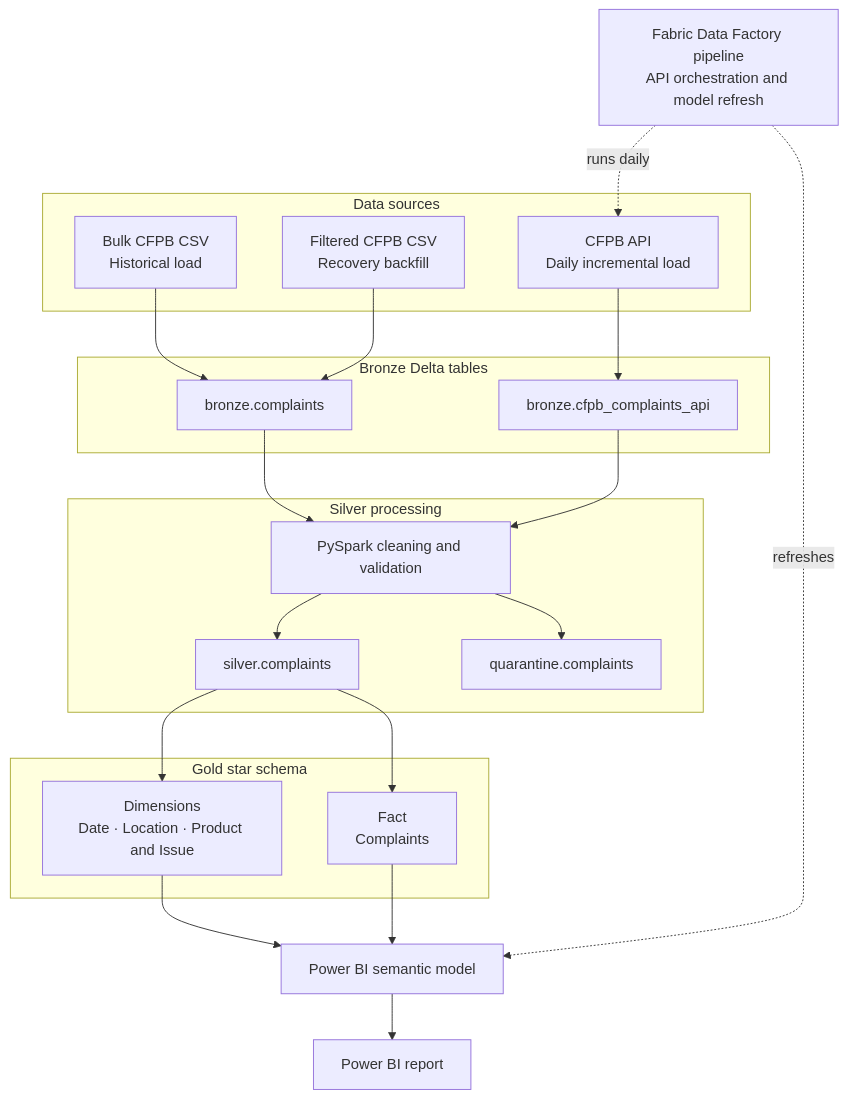
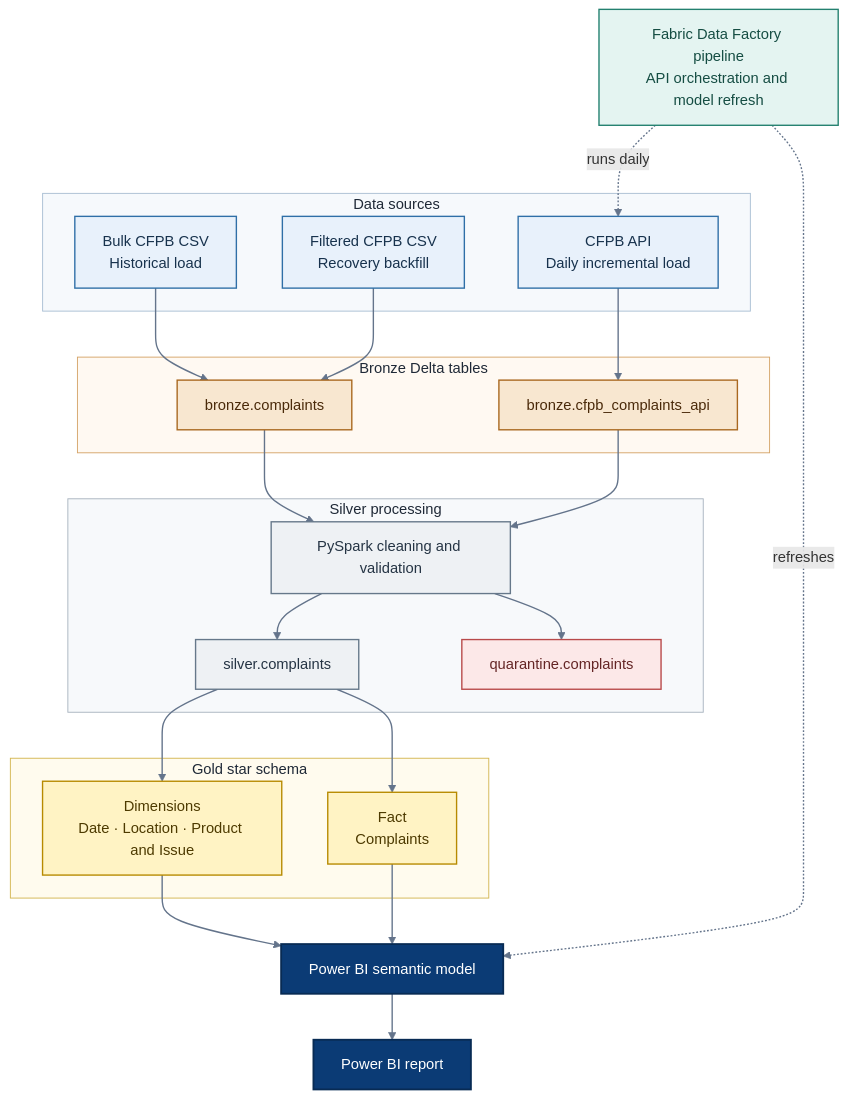
One commit to ShuvamRS/consumer-complaints-analytics changed the diagram in README.md. Above: the diagram before and after it, drawn with Mermaid.

Commit message:
Improve architecture diagram styling

````diff
--- a/README.md
+++ b/README.md
@@ -11,48 +11,71 @@
 ```mermaid
 flowchart TB
     subgraph SRC["Data sources"]
         H["Bulk CFPB CSV\nHistorical load"]
         B["Filtered CFPB CSV\nRecovery backfill"]
         A["CFPB API\nDaily incremental load"]
     end
 
     subgraph BRZ["Bronze Delta tables"]
         BF["bronze.complaints"]
         BA["bronze.cfpb_complaints_api"]
     end
 
     subgraph SLV["Silver processing"]
         P["PySpark cleaning and validation"]
         S["silver.complaints"]
         Q["quarantine.complaints"]
     end
 
     subgraph GLD["Gold star schema"]
         D["Dimensions\nDate · Location · Product and Issue"]
         F["Fact\nComplaints"]
     end
 
     O["Fabric Data Factory pipeline\nAPI orchestration and model refresh"]
     M["Power BI semantic model"]
     R["Power BI report"]
 
     H --> BF
     B --> BF
     A --> BA
 
     BF --> P
     BA --> P
 
     P --> S
     P --> Q
 
     S --> D
     S --> F
 
     D --> M
     F --> M
     M --> R
 
     O -. "runs daily" .-> A
     O -. "refreshes" .-> M
+
+    classDef source fill:#E8F1FB,stroke:#2F6FA7,color:#17324D,stroke-width:1.5px
+    classDef bronze fill:#F8E7D0,stroke:#A9681F,color:#4A2A0A,stroke-width:1.5px
+    classDef silver fill:#EEF1F4,stroke:#66788A,color:#253444,stroke-width:1.5px
+    classDef quarantine fill:#FCE8E8,stroke:#B84A4A,color:#642525,stroke-width:1.5px
+    classDef gold fill:#FFF3C4,stroke:#B78A00,color:#4D3A00,stroke-width:1.5px
+    classDef pipeline fill:#E4F4F1,stroke:#23806F,color:#154D43,stroke-width:1.5px
+    classDef report fill:#0B3B75,stroke:#082B54,color:#FFFFFF,stroke-width:2px
+
+    class H,B,A source
+    class BF,BA bronze
+    class P,S silver
+    class Q quarantine
+    class D,F gold
+    class O pipeline
+    class M,R report
+
+    style SRC fill:#F6F9FC,stroke:#A9BED3,stroke-width:1px,color:#1F2937
+    style BRZ fill:#FFF9F2,stroke:#D5A468,stroke-width:1px,color:#1F2937
+    style SLV fill:#F7F9FB,stroke:#A8B3BF,stroke-width:1px,color:#1F2937
+    style GLD fill:#FFFBEE,stroke:#D3B550,stroke-width:1px,color:#1F2937
+
+    linkStyle default stroke:#64748B,stroke-width:1.5px
 ```
````
